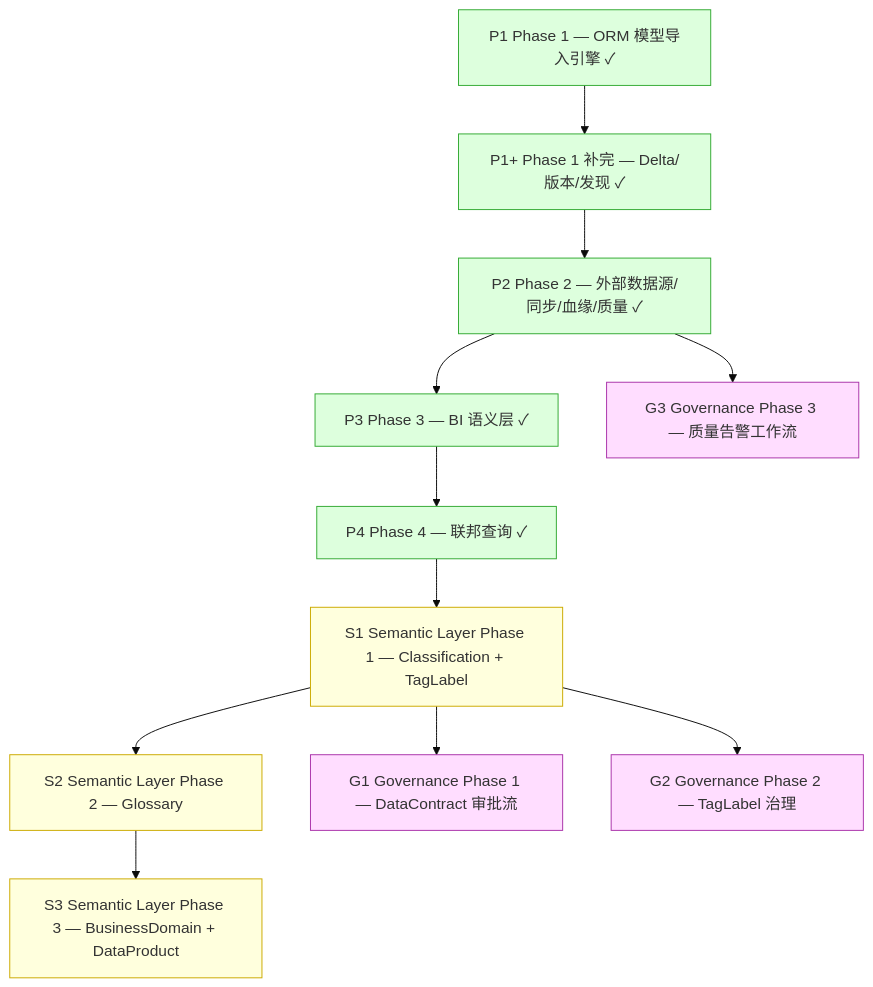
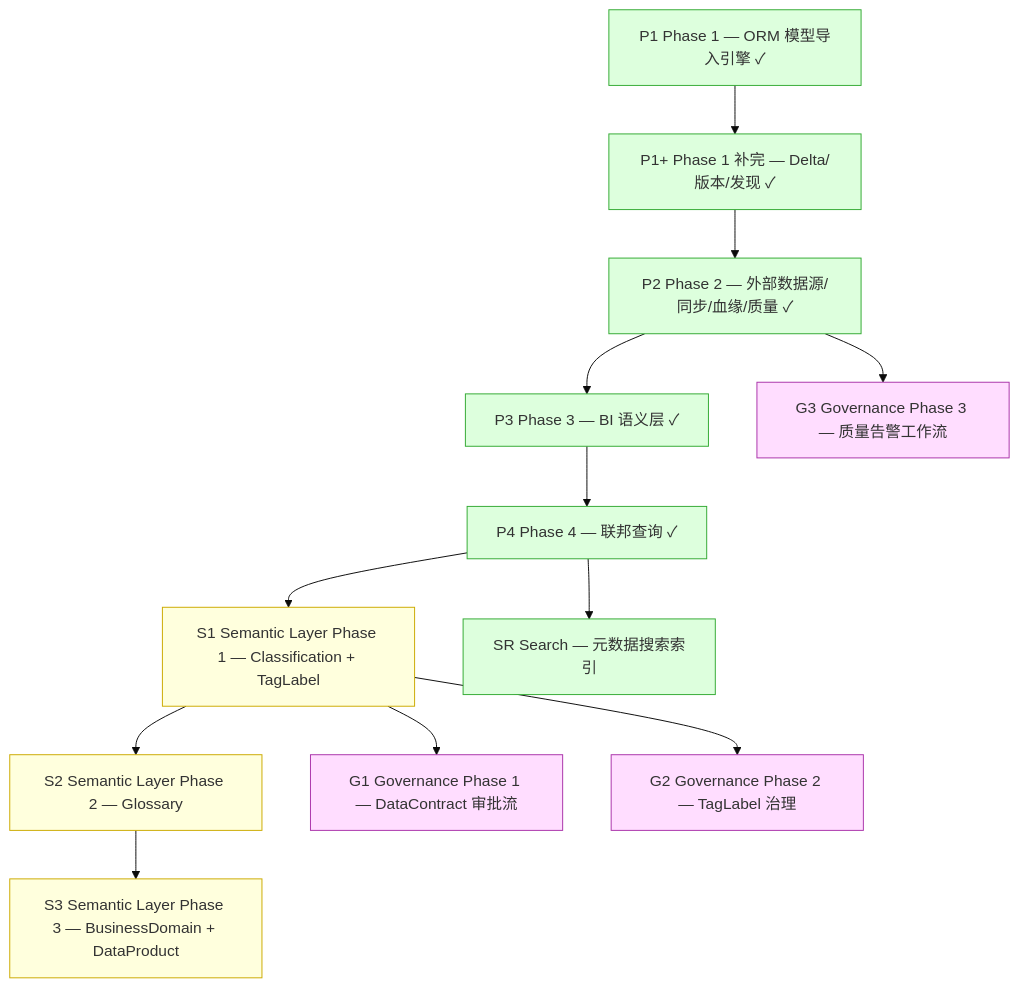
The diagram in ai-dev/design/nop-metadata/nop-metadata-roadmap.md (entropy-cloud/nop-entropy), drawn with Mermaid (base theme) before and after one commit. The commit also changed other lines of this file and 3 other files, not shown here.

````diff
--- a/ai-dev/design/nop-metadata/nop-metadata-roadmap.md
+++ b/ai-dev/design/nop-metadata/nop-metadata-roadmap.md
@@ -252,38 +264,41 @@
 ```mermaid
 graph TD
     P1["P1 Phase 1 — ORM 模型导入引擎 ✓"]
     P1P["P1+ Phase 1 补完 — Delta/版本/发现 ✓"]
     P2["P2 Phase 2 — 外部数据源/同步/血缘/质量 ✓"]
     P3["P3 Phase 3 — BI 语义层 ✓"]
     P4["P4 Phase 4 — 联邦查询 ✓"]
     S1["S1 Semantic Layer Phase 1 — Classification + TagLabel"]
     S2["S2 Semantic Layer Phase 2 — Glossary"]
     S3["S3 Semantic Layer Phase 3 — BusinessDomain + DataProduct"]
     G1["G1 Governance Phase 1 — DataContract 审批流"]
     G2["G2 Governance Phase 2 — TagLabel 治理"]
     G3["G3 Governance Phase 3 — 质量告警工作流"]
+    SR["SR Search — 元数据搜索索引"]
 
     P1 --> P1P
     P1P --> P2
     P2 --> P3
     P3 --> P4
 
     P4 --> S1
+    P4 --> SR
     S1 --> S2
     S1 --> G1
     S1 --> G2
     S2 --> S3
     P2 --> G3
 
     style P1 fill:#dfd,stroke:#3a3
     style P1P fill:#dfd,stroke:#3a3
     style P2 fill:#dfd,stroke:#3a3
     style P3 fill:#dfd,stroke:#3a3
     style P4 fill:#dfd,stroke:#3a3
     style S1 fill:#ffd,stroke:#ca0
     style S2 fill:#ffd,stroke:#ca0
     style S3 fill:#ffd,stroke:#ca0
     style G1 fill:#fdf,stroke:#a3a
     style G2 fill:#fdf,stroke:#a3a
     style G3 fill:#fdf,stroke:#a3a
+    style SR fill:#dfd,stroke:#3a3
 ```
````
